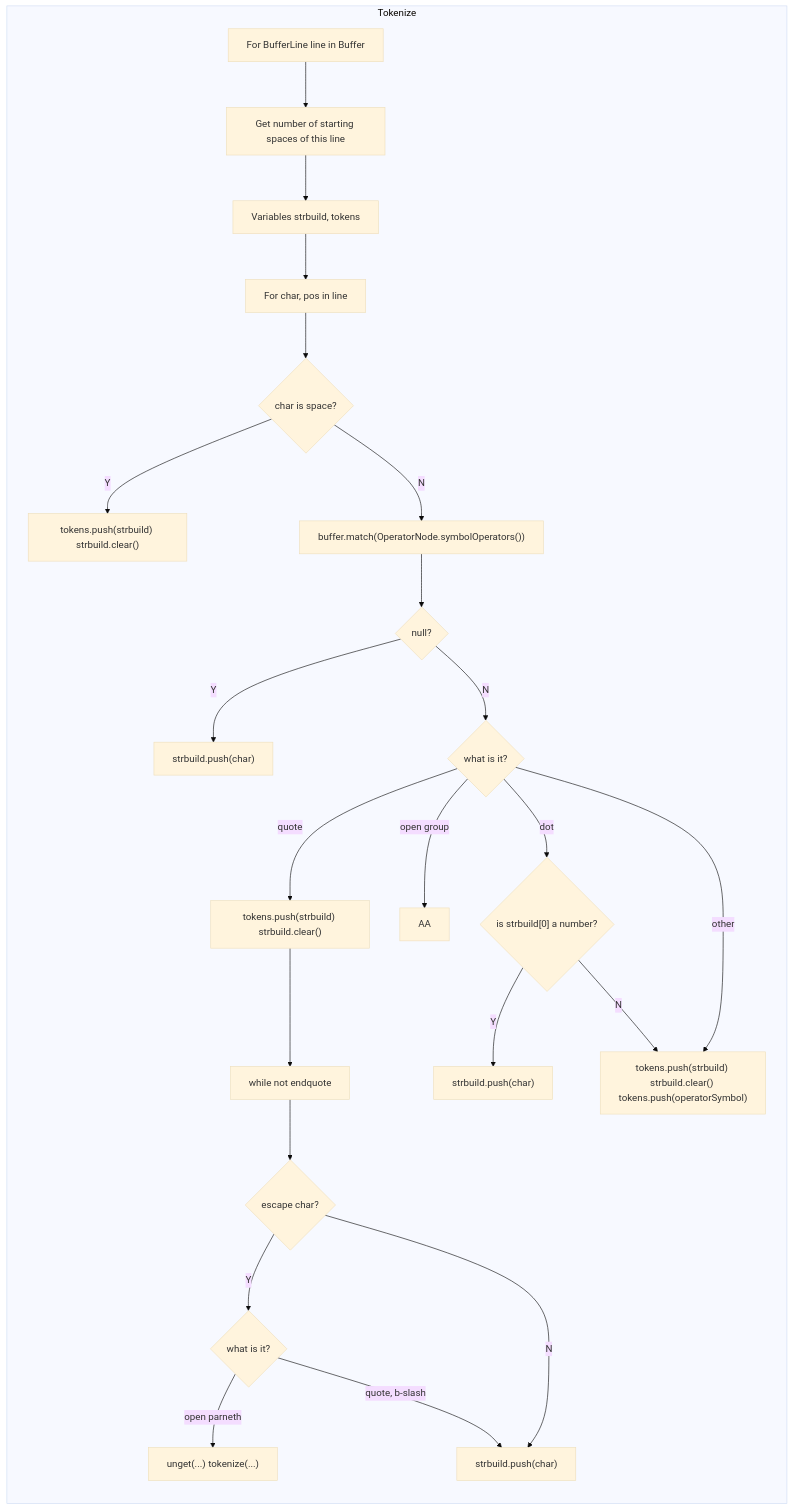
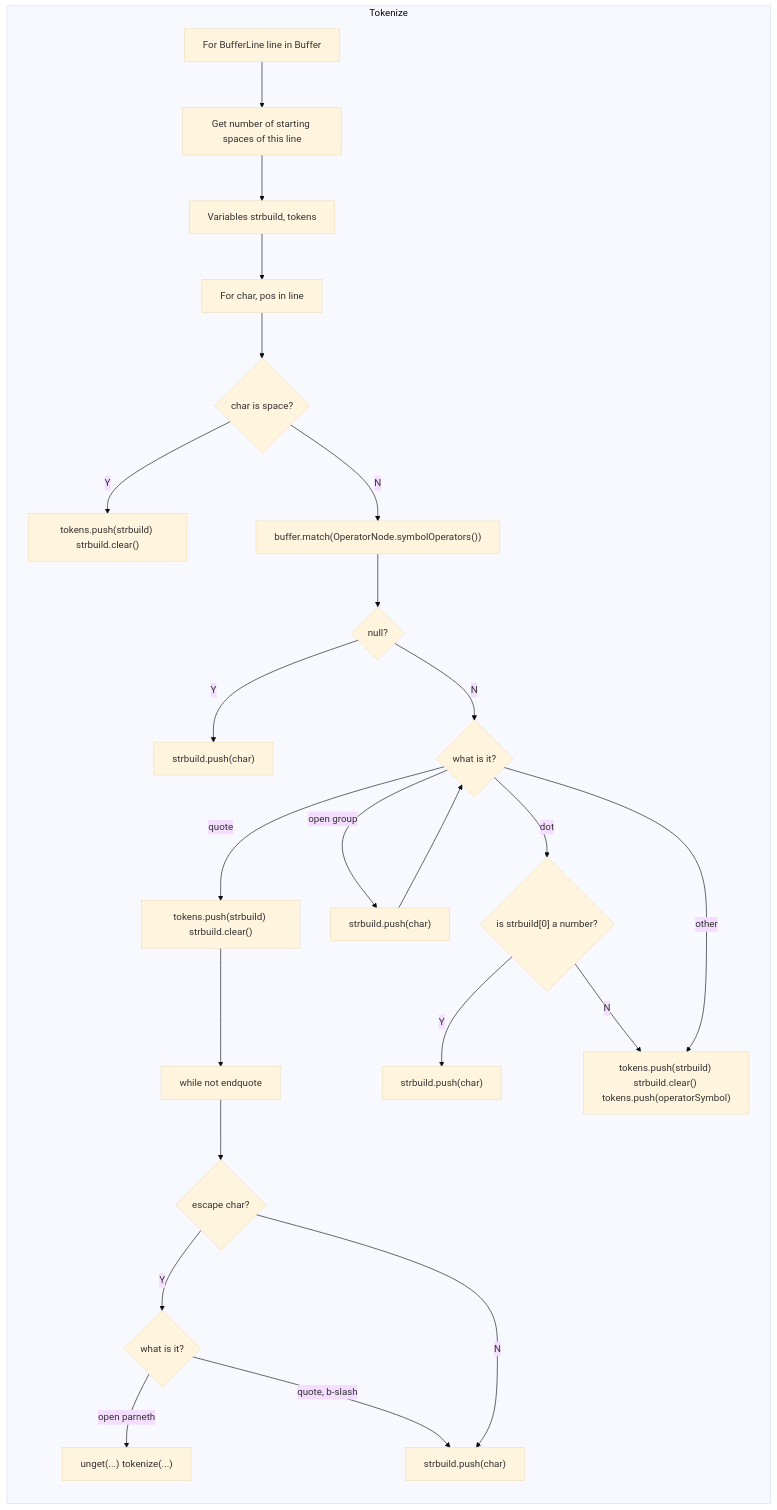
The eighth of 8 diagrams in Implementation.md (Jzhyang1/Monomer), drawn with Mermaid (base theme) before and after one commit. The commit also changed other lines of this file, not shown here.

````diff
--- a/Implementation.md
+++ b/Implementation.md
@@ -257,26 +257,27 @@
 ```mermaid
 graph LR
 subgraph sg1["Tokenize"]
 	A[For BufferLine line in Buffer] --> B[Get number of starting spaces of this line]
 	 --> C[Variables strbuild, tokens]
 	 --> D[For char, pos in line] 
 	 --> E{char is space?}
 	E -- Y --> Y["tokens.push(strbuild) strbuild.clear()"]
 	E -- N --> F["buffer.match(OperatorNode.symbolOperators())"]
 	F --> G{null?}
 	G -- Y --> H["strbuild.push(char)"]
 	G -- N --> Z{what is it?}
 	Z -- quote --> J["tokens.push(strbuild) strbuild.clear()"]
 	J --> P[while not endquote] 
 	P --> Q{escape char?}
 	Q -- Y --> R{what is it?}
 	R -- "open parneth" --> T["unget(...) tokenize(...)"]
 	R -- "quote, b-slash" --> S
 	Q -- N --> S["strbuild.push(char)"]
-	Z -- "open group" --> AA
+	Z -- "open group" --> AA["strbuild.push(char)"]
+		--> 
 	Z -- dot --> K{"is strbuild[0] a number?"}
 	K -- Y --> L["strbuild.push(char)"]
 	K -- N --> I
 	Z -- other --> I["tokens.push(strbuild) strbuild.clear() tokens.push(operatorSymbol)"]
 end
 ```
````
